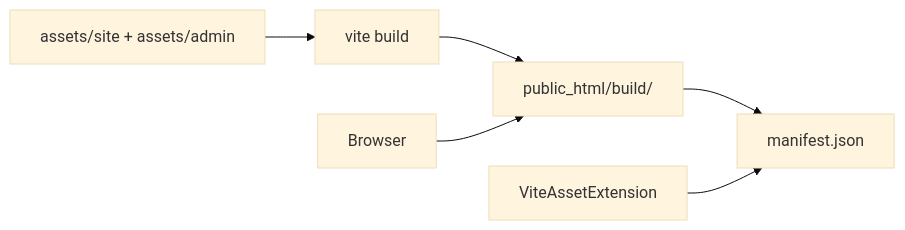
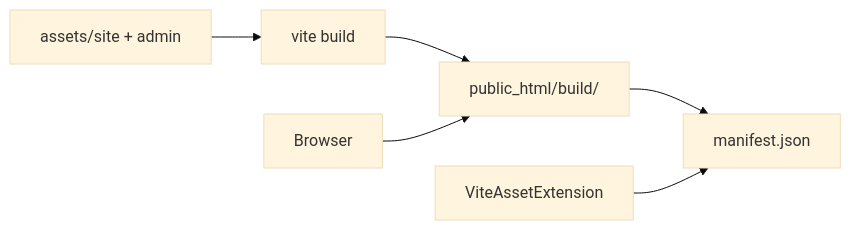
Before and after one commit to ariestop/zaborprofil: the fifth of 9 diagrams in docs/02-architecture.md, drawn with Mermaid (base theme). The commit also changed 344 other files, not shown here.

First line of the commit message:
Move admin SPA to admin/, refresh Vite Twig helpers and IDE stubs

````diff
--- a/docs/02-architecture.md
+++ b/docs/02-architecture.md
@@ -139,8 +139,8 @@
 ```mermaid
 flowchart LR
-    src[assets/site + assets/admin] --> Vite[vite build]
+    src[assets/site + admin] --> Vite[vite build]
     Vite --> Build[public_html/build/]
     Build --> Manifest[manifest.json]
     Twig[ViteAssetExtension] --> Manifest
     Browser --> Build
 ```
````
